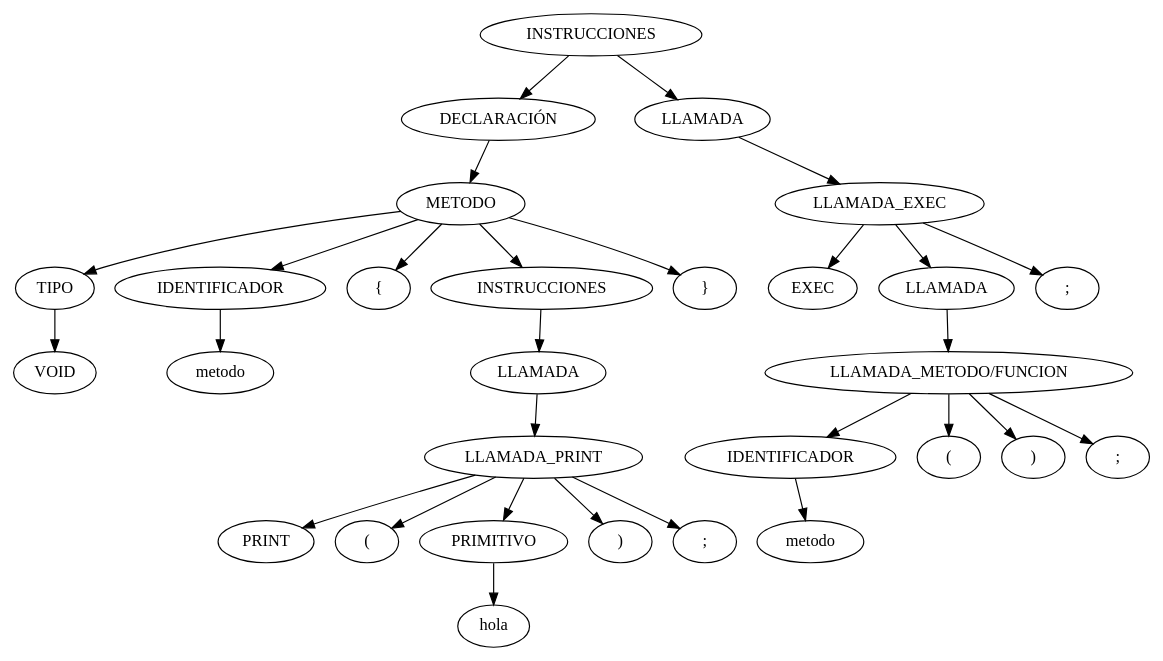
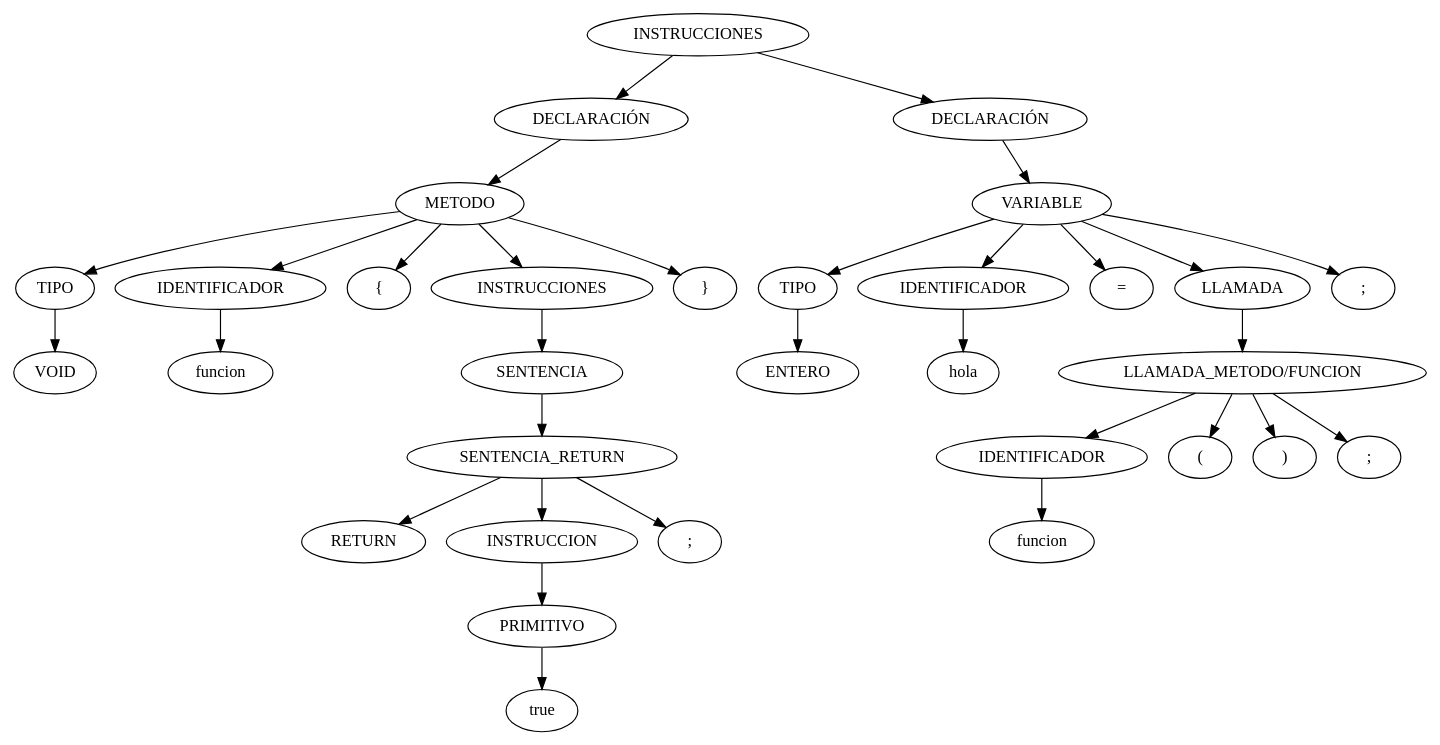
One commit to Jodyannre/-OLC1-Proyecto2-201115018 changed the diagram in arbol.dot. Above: the diagram before and after it, drawn with Graphviz. The commit also changed 14 other files, not shown here.

```diff
--- a/arbol.dot
+++ b/arbol.dot
@@ -1,59 +1,65 @@
 digraph {
 n0[label="INSTRUCCIONES"];
 n1[label="DECLARACIÓN"];
 n0->n1;
 n2[label="METODO"];
 n1->n2;
 n3[label="TIPO"];
 n2->n3;
 n4[label="VOID"];
 n3->n4;
 n5[label="IDENTIFICADOR"];
 n2->n5;
-n6[label="metodo"];
+n6[label="funcion"];
 n5->n6;
 n7[label="{"];
 n2->n7;
 n8[label="INSTRUCCIONES"];
 n2->n8;
-n9[label="LLAMADA"];
+n9[label="SENTENCIA"];
 n8->n9;
-n10[label="LLAMADA_PRINT"];
+n10[label="SENTENCIA_RETURN"];
 n9->n10;
-n11[label="PRINT"];
+n11[label="RETURN"];
 n10->n11;
-n12[label="("];
+n12[label="INSTRUCCION"];
 n10->n12;
 n13[label="PRIMITIVO"];
-n10->n13;
-n14[label="hola"];
+n12->n13;
+n14[label="true"];
 n13->n14;
-n15[label=")"];
+n15[label=";"];
 n10->n15;
-n16[label=";"];
-n10->n16;
-n17[label="}"];
-n2->n17;
-n18[label="LLAMADA"];
-n0->n18;
-n19[label="LLAMADA_EXEC"];
+n16[label="}"];
+n2->n16;
+n17[label="DECLARACIÓN"];
+n0->n17;
+n18[label="VARIABLE"];
+n17->n18;
+n19[label="TIPO"];
 n18->n19;
-n20[label="EXEC"];
+n20[label="ENTERO"];
 n19->n20;
-n21[label="LLAMADA"];
-n19->n21;
-n22[label="LLAMADA_METODO/FUNCION"];
+n21[label="IDENTIFICADOR"];
+n18->n21;
+n22[label="hola"];
 n21->n22;
-n23[label="IDENTIFICADOR"];
-n22->n23;
-n24[label="metodo"];
-n23->n24;
-n25[label="("];
-n22->n25;
-n26[label=")"];
-n22->n26;
-n27[label=";"];
-n22->n27;
-n28[label=";"];
-n19->n28;
+n23[label="="];
+n18->n23;
+n24[label="LLAMADA"];
+n18->n24;
+n25[label="LLAMADA_METODO/FUNCION"];
+n24->n25;
+n26[label="IDENTIFICADOR"];
+n25->n26;
+n27[label="funcion"];
+n26->n27;
+n28[label="("];
+n25->n28;
+n29[label=")"];
+n25->n29;
+n30[label=";"];
+n25->n30;
+n31[label=";"];
+n18->n31;
 }
```
